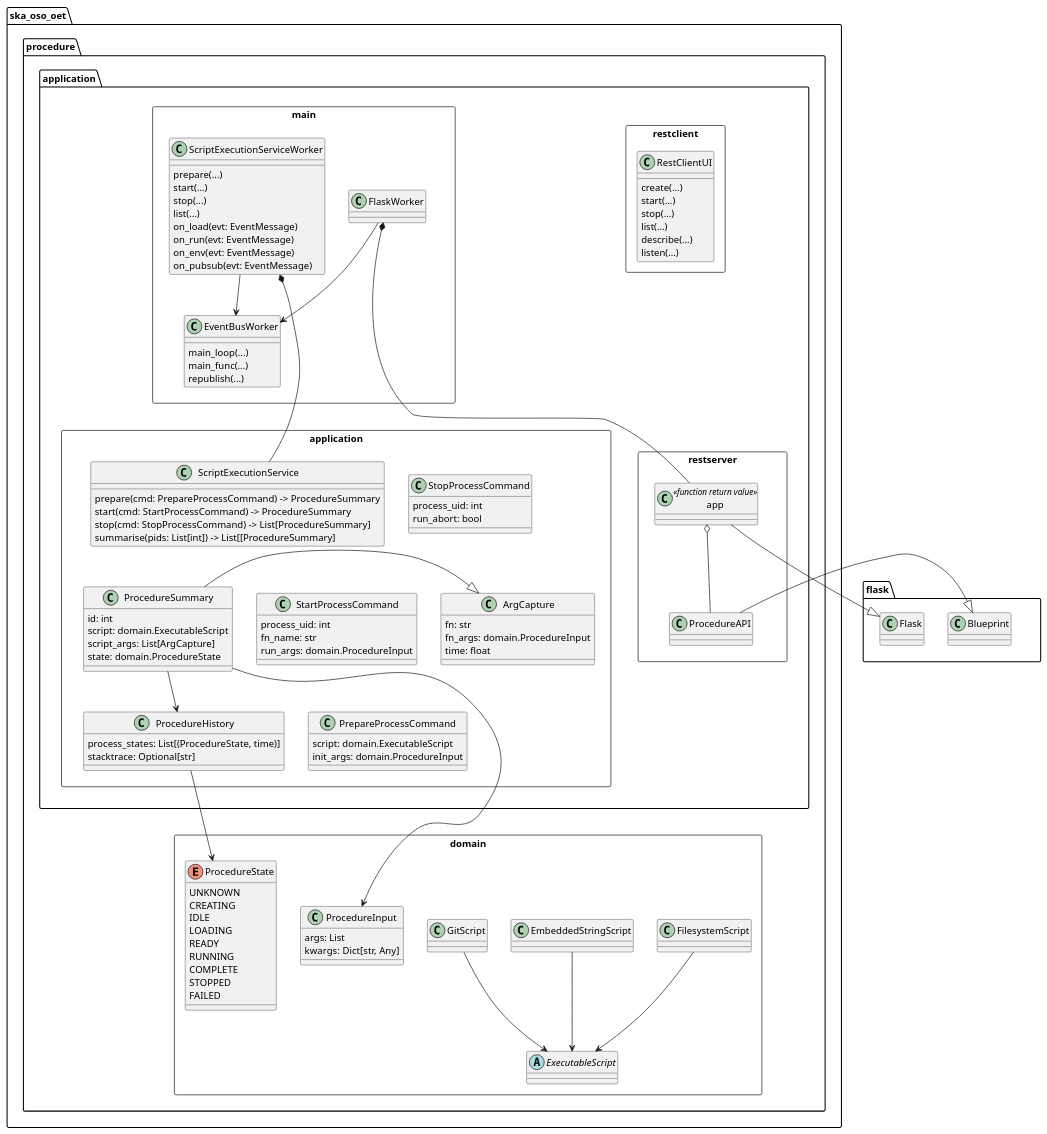
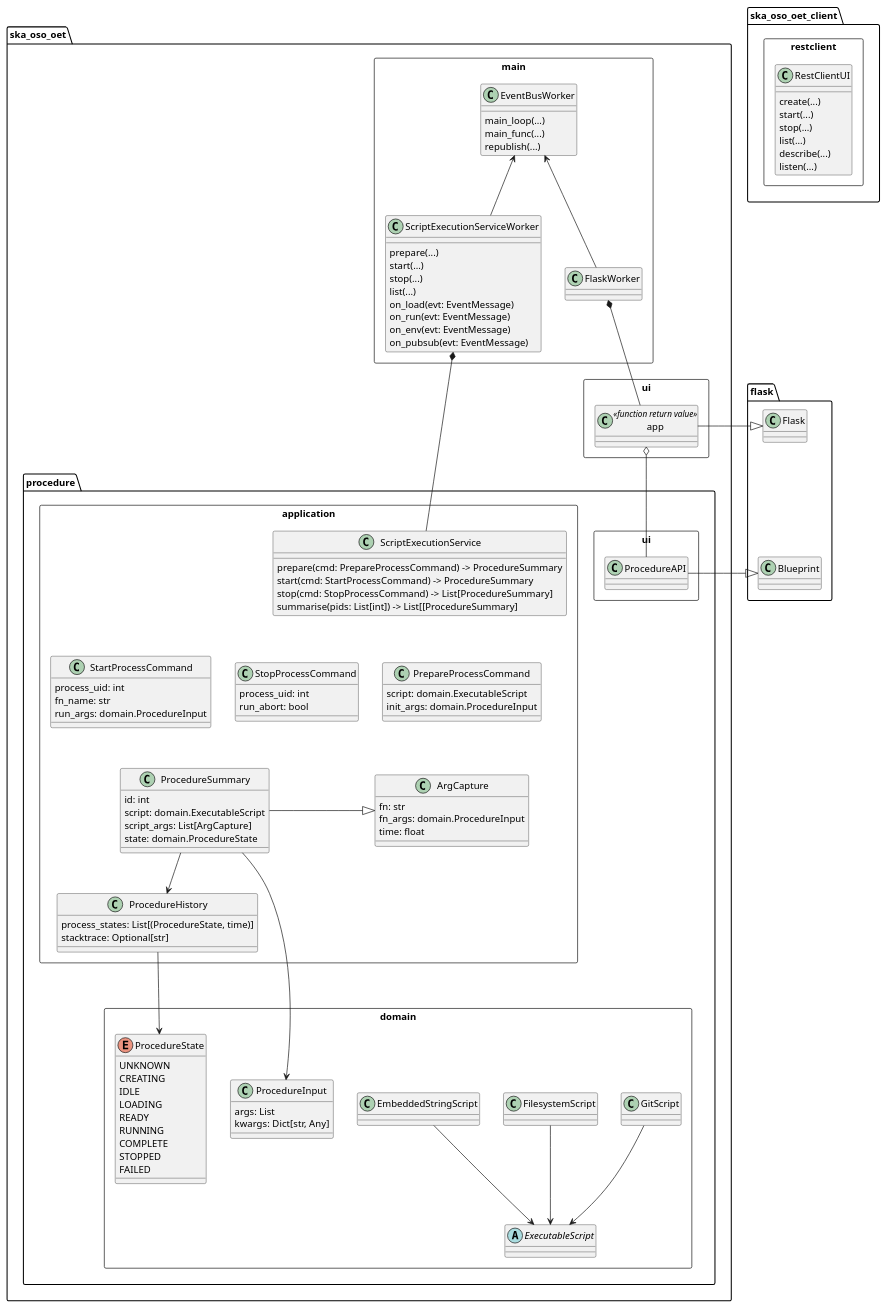
Before and after one commit to ska-telescope/observation-execution-tool: the diagram in docs/src/diagrams/backend_module_execution_primary.puml, drawn with PlantUML. The commit also changed 21 other files, not shown here.

Commit message:
BTN-1728: align documentation and diagrams with new package structure

```diff
--- a/docs/src/diagrams/backend_module_execution_primary.puml
+++ b/docs/src/diagrams/backend_module_execution_primary.puml
@@ -1,149 +1,150 @@
 @startuml
 'https://plantuml.com/class-diagram
 
-package ska_oso_oet.procedure {
-
-package application as application_pkg {
-
+package ska_oso_oet_client {
     package restclient <<Rectangle>> {
         class RestClientUI {
             create(...)
             start(...)
             stop(...)
             list(...)
             describe(...)
             listen(...)
         }
     }
+}
+
+package ska_oso_oet {
 
     package main <<Rectangle>> {
         class ScriptExecutionServiceWorker {
             prepare(...)
             start(...)
             stop(...)
             list(...)
             on_load(evt: EventMessage)
             on_run(evt: EventMessage)
             on_env(evt: EventMessage)
             on_pubsub(evt: EventMessage)
         }
 
         class FlaskWorker {
         }
 
         class EventBusWorker {
             main_loop(...)
             main_func(...)
             republish(...)
         }
 
-        ScriptExecutionServiceWorker --> EventBusWorker
-        FlaskWorker --> EventBusWorker
+        ScriptExecutionServiceWorker -up-> EventBusWorker
+        FlaskWorker -up-> EventBusWorker
     }
 
-    package restserver <<Rectangle>> {
+    package ui <<Rectangle>> {
         class app <<function return value>> {
-        }
-
-        class ProcedureAPI
-
-        app o-- ProcedureAPI
-    }
-
-    package application <<Rectangle>> {
-        class ScriptExecutionService {
-            prepare(cmd: PrepareProcessCommand) -> ProcedureSummary
-            start(cmd: StartProcessCommand) -> ProcedureSummary
-            stop(cmd: StopProcessCommand) -> List[ProcedureSummary]
-            summarise(pids: List[int]) -> List[[ProcedureSummary]
-        }
-
-        class ProcedureSummary {
-            id: int
-            script: domain.ExecutableScript
-            script_args: List[ArgCapture]
-            state: domain.ProcedureState
-        }
-
-        class ArgCapture {
-            fn: str
-            fn_args: domain.ProcedureInput
-            time: float
-        }
-        ProcedureSummary -right-|> ArgCapture
-
-        class ProcedureHistory {
-            {field} process_states: List[(ProcedureState, time)]
-            stacktrace: Optional[str]
-        }
-        ProcedureSummary --> ProcedureHistory
-
-        class PrepareProcessCommand {
-            script: domain.ExecutableScript
-            init_args: domain.ProcedureInput
-        }
-
-        class StartProcessCommand {
-            process_uid: int
-            fn_name: str
-            run_args: domain.ProcedureInput
-        }
-
-        class StopProcessCommand {
-            process_uid: int
-            run_abort: bool
-        }
-        PrepareProcessCommand -up[hidden]- StartProcessCommand
-        StartProcessCommand -up[hidden]- StopProcessCommand
-    }
-    FlaskWorker *-- app
-    ScriptExecutionServiceWorker *-- ScriptExecutionService
-
-}
-
-    package domain <<Rectangle>> {
-        abstract class ExecutableScript
-        class GitScript
-        class FilesystemScript
-        class EmbeddedStringScript
-        GitScript --> ExecutableScript
-        FilesystemScript --> ExecutableScript
-        EmbeddedStringScript --> ExecutableScript
-
-        enum ProcedureState {
-            UNKNOWN
-            CREATING
-            IDLE
-            LOADING
-            READY
-            RUNNING
-            COMPLETE
-            STOPPED
-            FAILED
-        }
-
-        class ProcedureInput {
-            args: List
-            kwargs: Dict[str, Any]
         }
     }
 
-    ProcedureHistory ---> ProcedureState
-    ProcedureSummary ---> ProcedureInput
+    package procedure {
+        package ui as procedure_ui <<Rectangle>> {
+            class ProcedureAPI
+            app o-- ProcedureAPI
+        }
+
+        package application <<Rectangle>> {
+            class ScriptExecutionService {
+                prepare(cmd: PrepareProcessCommand) -> ProcedureSummary
+                start(cmd: StartProcessCommand) -> ProcedureSummary
+                stop(cmd: StopProcessCommand) -> List[ProcedureSummary]
+                summarise(pids: List[int]) -> List[[ProcedureSummary]
+            }
+
+            class ProcedureSummary {
+                id: int
+                script: domain.ExecutableScript
+                script_args: List[ArgCapture]
+                state: domain.ProcedureState
+            }
+
+            class ArgCapture {
+                fn: str
+                fn_args: domain.ProcedureInput
+                time: float
+            }
+            ProcedureSummary -right-|> ArgCapture
+
+            class ProcedureHistory {
+                {field} process_states: List[(ProcedureState, time)]
+                stacktrace: Optional[str]
+            }
+            ProcedureSummary --> ProcedureHistory
+
+            class PrepareProcessCommand {
+                script: domain.ExecutableScript
+                init_args: domain.ProcedureInput
+            }
+
+            class StartProcessCommand {
+                process_uid: int
+                fn_name: str
+                run_args: domain.ProcedureInput
+            }
+
+            class StopProcessCommand {
+                process_uid: int
+                run_abort: bool
+            }
+            PrepareProcessCommand -up[hidden]- StartProcessCommand
+            StartProcessCommand -up[hidden]- StopProcessCommand
+        }
+        FlaskWorker *-- app
+        ScriptExecutionServiceWorker *-- ScriptExecutionService
+
+        package domain <<Rectangle>> {
+            abstract class ExecutableScript
+            class GitScript
+            class FilesystemScript
+            class EmbeddedStringScript
+            GitScript --> ExecutableScript
+            FilesystemScript --> ExecutableScript
+            EmbeddedStringScript --> ExecutableScript
+
+            enum ProcedureState {
+                UNKNOWN
+                CREATING
+                IDLE
+                LOADING
+                READY
+                RUNNING
+                COMPLETE
+                STOPPED
+                FAILED
+            }
+
+            class ProcedureInput {
+                args: List
+                kwargs: Dict[str, Any]
+            }
+        }
+        ProcedureHistory ---> ProcedureState
+        ProcedureSummary --> ProcedureInput
+    }
+
 }
 
 package flask {
     class Flask
     class Blueprint
 }
 
 app -|> Flask
 ProcedureAPI -|> Blueprint
+Blueprint -up[hidden]- Flask
 
-main -down[hidden]--> application
-restserver -left[hidden]--> application
-restserver -right[hidden]--> flask
-FlaskWorker -down[hidden]--> restserver
-ScriptExecutionService -down[hidden]- ProcedureSummary
-
+PrepareProcessCommand -right[hidden] StartProcessCommand
+StartProcessCommand -right[hidden] StopProcessCommand
+ScriptExecutionService -down[hidden]- ArgCapture
+ScriptExecutionService -down[hidden]- StopProcessCommand
+ProcedureSummary -up[hidden]- StartProcessCommand
 @enduml
```
